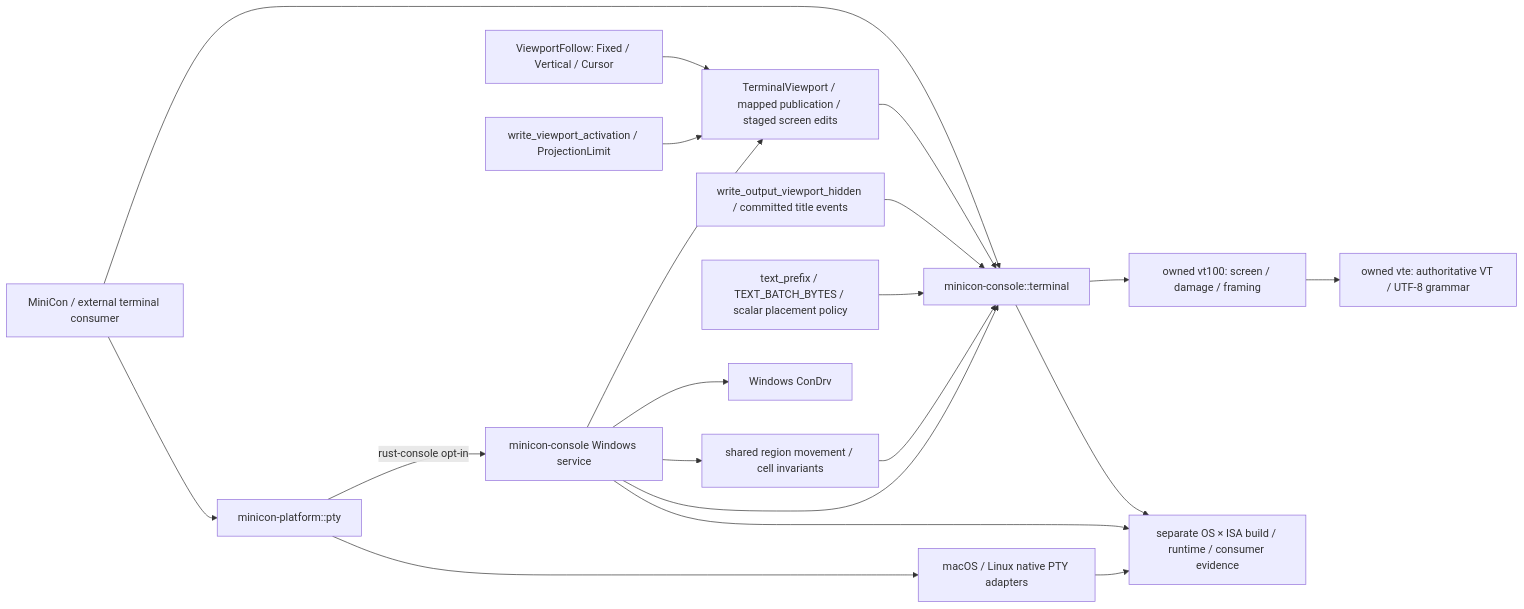
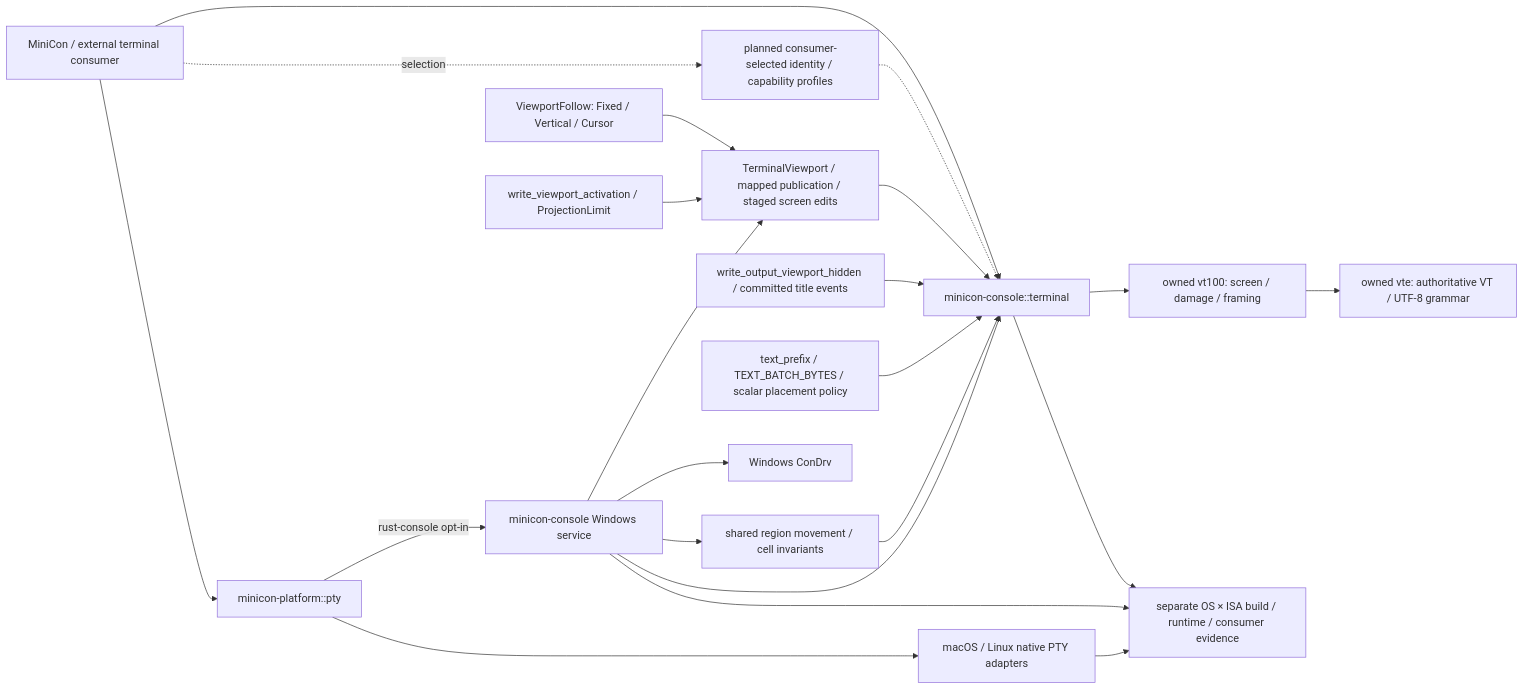
One commit to partnernetsoftware/minicon changed the diagram in prd/PRD_02_35_terminal_library.md. Above: the diagram before and after it, drawn with Mermaid. The commit also changed other lines of this file and 6 other files, not shown here.

````diff
--- a/prd/PRD_02_35_terminal_library.md
+++ b/prd/PRD_02_35_terminal_library.md
@@ -62,20 +63,22 @@
 ```mermaid
 flowchart LR
     APP["MiniCon / external terminal consumer"] --> COMMON["minicon-console::terminal"]
     COMMON --> VT["owned vt100: screen / damage / framing"]
     VT --> VTE["owned vte: authoritative VT / UTF-8 grammar"]
     APP --> PLATFORM["minicon-platform::pty"]
+    PROFILE["planned consumer-selected identity / capability profiles"] -.-> COMMON
+    APP -. selection .-> PROFILE
     PLATFORM -->|"rust-console opt-in"| WIN["minicon-console Windows service"]
     VP["TerminalViewport / mapped publication / staged screen edits"] --> COMMON
     FOLLOW["ViewportFollow: Fixed / Vertical / Cursor"] --> VP
     ACT["write_viewport_activation / ProjectionLimit"] --> VP
     HIDDEN["write_output_viewport_hidden / committed title events"] --> COMMON
     TEXT["text_prefix / TEXT_BATCH_BYTES / scalar placement policy"] --> COMMON
     WIN --> VP
     MOVE["shared region movement / cell invariants"] --> COMMON
     WIN --> MOVE
     WIN --> COMMON
     WIN --> KERNEL["Windows ConDrv"]
     PLATFORM --> POSIX["macOS / Linux native PTY adapters"]
     COMMON & WIN & POSIX --> E["separate OS × ISA build / runtime / consumer evidence"]
 ```
````
